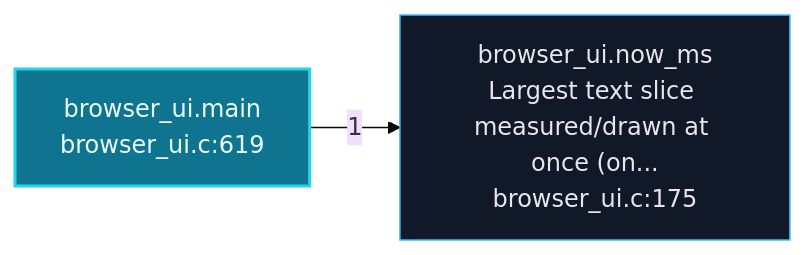
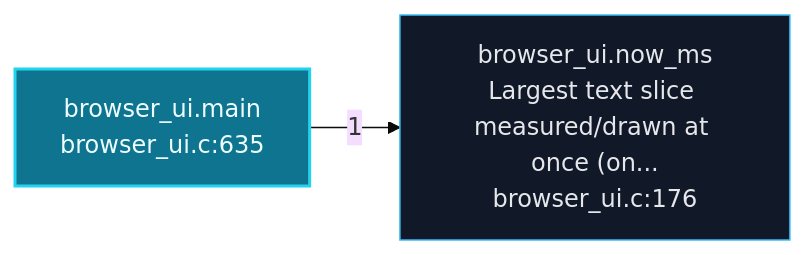
Before and after one commit to grisuno/FreeDom: the second of 6 diagrams in readmenator-apidocs/architecture.md, drawn with Mermaid (base theme). The commit also changed other lines of this file and 244 other files, not shown here.

````diff
--- a/readmenator-apidocs/architecture.md
+++ b/readmenator-apidocs/architecture.md
@@ -103,8 +103,8 @@
 ```mermaid
 flowchart LR
     classDef default fill:#111827,stroke:#38bdf8,color:#e5e7eb;
     classDef entry fill:#0e7490,stroke:#22d3ee,color:#ecfeff,stroke-width:2px;
-    n_gui_browser_ui_c__main["browser_ui.main<br/>browser_ui.c:619"]:::entry
-    n_gui_browser_ui_c__now_ms["browser_ui.now_ms<br/>Largest text slice measured/drawn at once (on...<br/>browser_ui.c:175"]:::default
+    n_gui_browser_ui_c__main["browser_ui.main<br/>browser_ui.c:635"]:::entry
+    n_gui_browser_ui_c__now_ms["browser_ui.now_ms<br/>Largest text slice measured/drawn at once (on...<br/>browser_ui.c:176"]:::default
     n_gui_browser_ui_c__main -->|"1"| n_gui_browser_ui_c__now_ms
 ```
````
